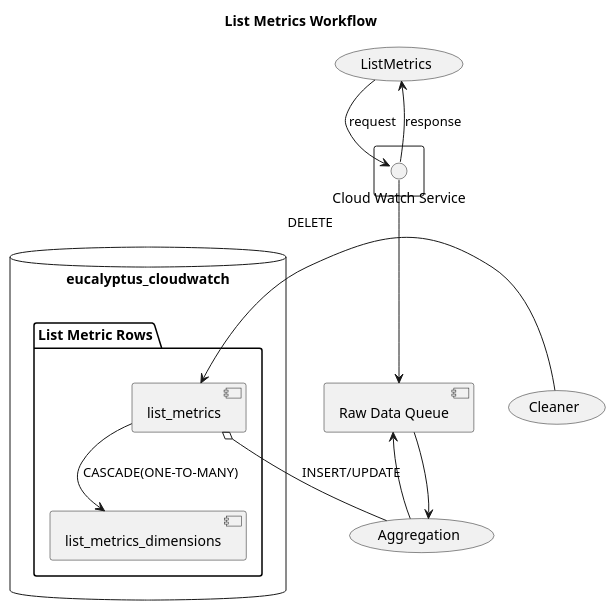
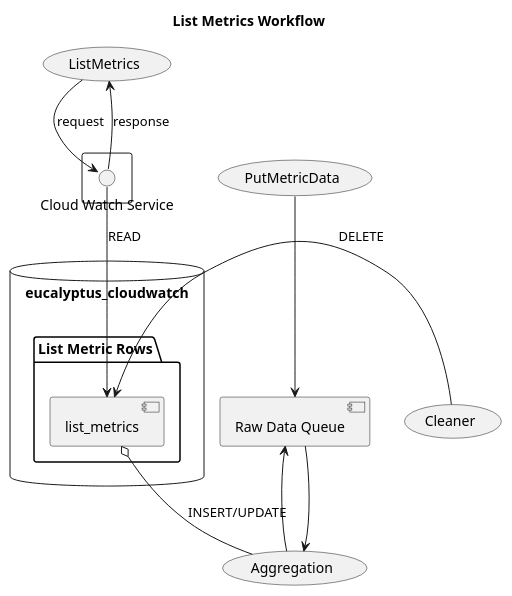
One commit to eucalyptus/architecture changed the diagram in features/cloudwatch/3.3/list-metrics-workflow.puml. Above: the diagram before and after it, drawn with PlantUML. The commit also changed other lines of this file, not shown here.

```diff
--- a/features/cloudwatch/3.3/list-metrics-workflow.puml
+++ b/features/cloudwatch/3.3/list-metrics-workflow.puml
@@ -1,22 +1,21 @@
 @startuml
 
 title List Metrics Workflow
 
 rectangle {
     ()"Cloud Watch Service"
 }
 () "Cloud Watch Service" --> (ListMetrics): response
 (ListMetrics) -down-> ()"Cloud Watch Service" : request
-() "Cloud Watch Service" -down-> [Raw Data Queue]
+(PutMetricData) --> [Raw Data Queue]
 [Raw Data Queue] --> (Aggregation)
 [Raw Data Queue] <-right- (Aggregation)
 database "eucalyptus_cloudwatch" {
 folder "List Metric Rows" {
-    [list_metrics_dimensions]
     [list_metrics]
   }
 }
-[list_metrics] --> [list_metrics_dimensions] : CASCADE(ONE-TO-MANY)
 [list_metrics] o-- (Aggregation) : INSERT/UPDATE
 (Cleaner) --left-> [list_metrics] : DELETE
+() "Cloud Watch Service" -down-> [list_metrics]: READ
 @enduml
```
